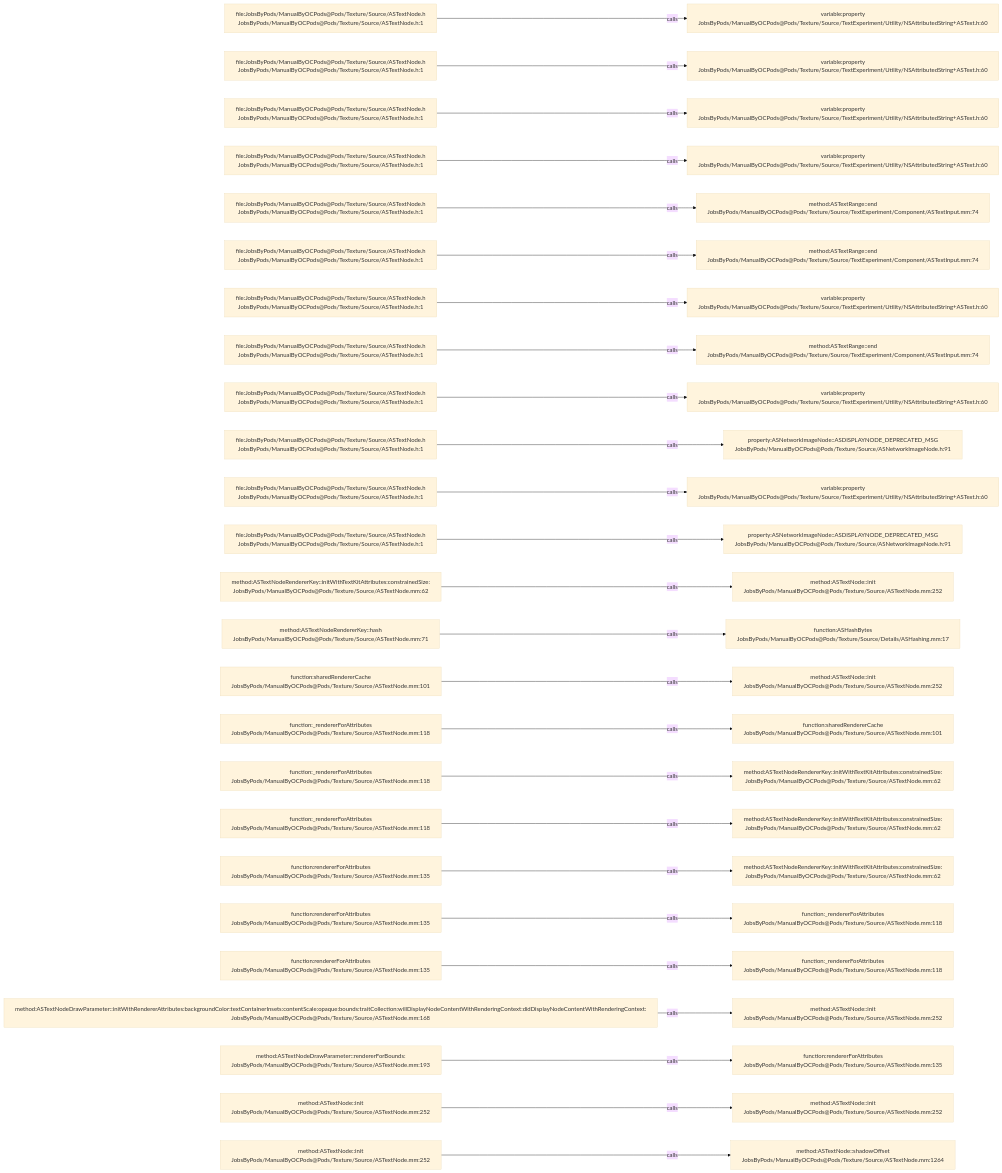
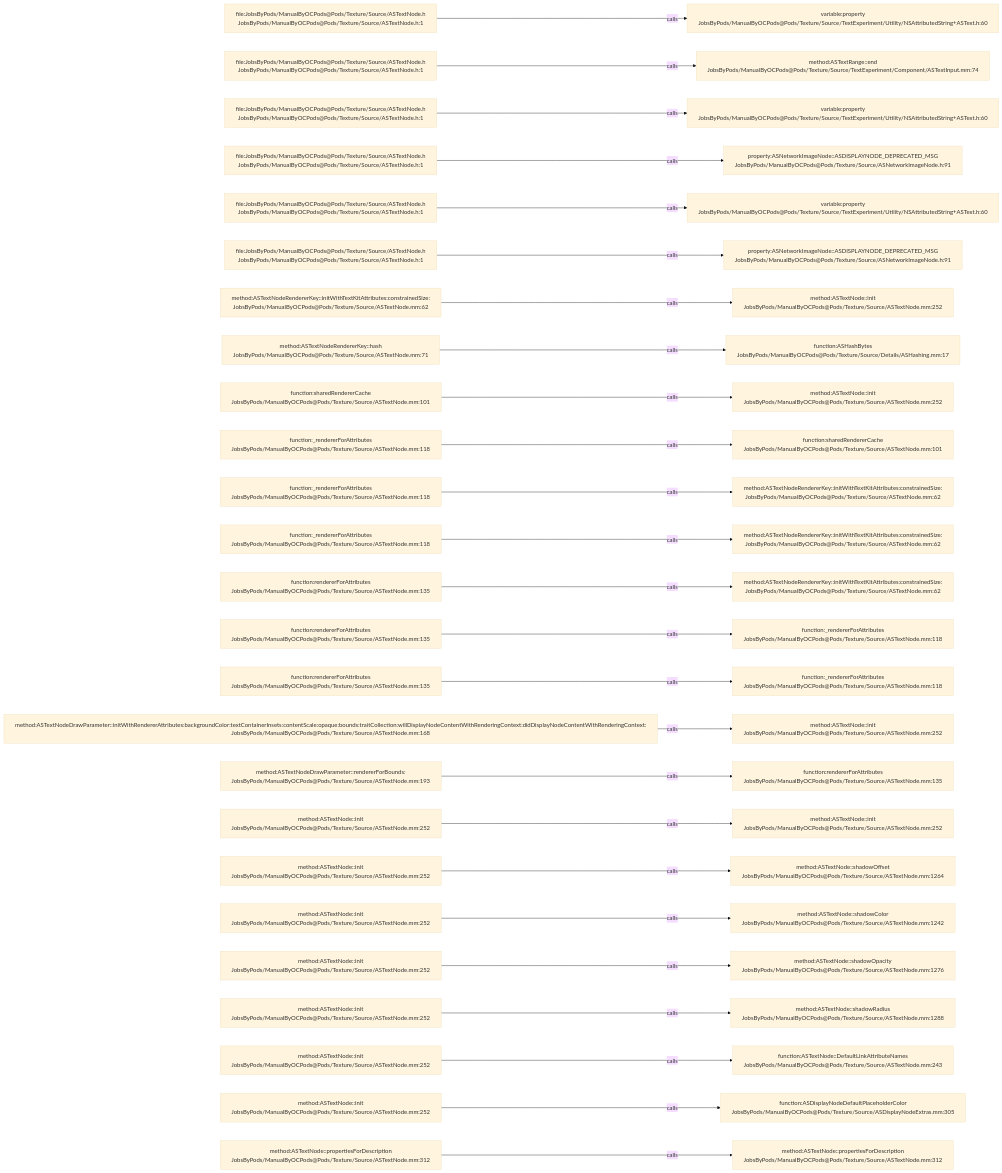
One commit to JobsKits/JobsOCBaseConfigDemo changed the diagram in .codegraph/codegraph.md/graphs/calls-125.md. Above: the diagram before and after it, drawn with Mermaid (base theme). The commit also changed 666 other files, not shown here.

````diff
--- a/.codegraph/codegraph.md/graphs/calls-125.md
+++ b/.codegraph/codegraph.md/graphs/calls-125.md
@@ -13,78 +13,78 @@
 ```mermaid
 flowchart LR
   S1["file:JobsByPods/ManualByOCPods@Pods/Texture/Source/ASTextNode.h<br/>JobsByPods/ManualByOCPods@Pods/Texture/Source/ASTextNode.h:1"]
   T1["variable:property<br/>JobsByPods/ManualByOCPods@Pods/Texture/Source/TextExperiment/Utility/NSAttributedString+ASText.h:60"]
   S1 -->|calls| T1
   S2["file:JobsByPods/ManualByOCPods@Pods/Texture/Source/ASTextNode.h<br/>JobsByPods/ManualByOCPods@Pods/Texture/Source/ASTextNode.h:1"]
-  T2["variable:property<br/>JobsByPods/ManualByOCPods@Pods/Texture/Source/TextExperiment/Utility/NSAttributedString+ASText.h:60"]
+  T2["method:ASTextRange::end<br/>JobsByPods/ManualByOCPods@Pods/Texture/Source/TextExperiment/Component/ASTextInput.mm:74"]
   S2 -->|calls| T2
   S3["file:JobsByPods/ManualByOCPods@Pods/Texture/Source/ASTextNode.h<br/>JobsByPods/ManualByOCPods@Pods/Texture/Source/ASTextNode.h:1"]
   T3["variable:property<br/>JobsByPods/ManualByOCPods@Pods/Texture/Source/TextExperiment/Utility/NSAttributedString+ASText.h:60"]
   S3 -->|calls| T3
   S4["file:JobsByPods/ManualByOCPods@Pods/Texture/Source/ASTextNode.h<br/>JobsByPods/ManualByOCPods@Pods/Texture/Source/ASTextNode.h:1"]
-  T4["variable:property<br/>JobsByPods/ManualByOCPods@Pods/Texture/Source/TextExperiment/Utility/NSAttributedString+ASText.h:60"]
+  T4["property:ASNetworkImageNode::ASDISPLAYNODE_DEPRECATED_MSG<br/>JobsByPods/ManualByOCPods@Pods/Texture/Source/ASNetworkImageNode.h:91"]
   S4 -->|calls| T4
   S5["file:JobsByPods/ManualByOCPods@Pods/Texture/Source/ASTextNode.h<br/>JobsByPods/ManualByOCPods@Pods/Texture/Source/ASTextNode.h:1"]
-  T5["method:ASTextRange::end<br/>JobsByPods/ManualByOCPods@Pods/Texture/Source/TextExperiment/Component/ASTextInput.mm:74"]
+  T5["variable:property<br/>JobsByPods/ManualByOCPods@Pods/Texture/Source/TextExperiment/Utility/NSAttributedString+ASText.h:60"]
   S5 -->|calls| T5
   S6["file:JobsByPods/ManualByOCPods@Pods/Texture/Source/ASTextNode.h<br/>JobsByPods/ManualByOCPods@Pods/Texture/Source/ASTextNode.h:1"]
-  T6["method:ASTextRange::end<br/>JobsByPods/ManualByOCPods@Pods/Texture/Source/TextExperiment/Component/ASTextInput.mm:74"]
+  T6["property:ASNetworkImageNode::ASDISPLAYNODE_DEPRECATED_MSG<br/>JobsByPods/ManualByOCPods@Pods/Texture/Source/ASNetworkImageNode.h:91"]
   S6 -->|calls| T6
-  S7["file:JobsByPods/ManualByOCPods@Pods/Texture/Source/ASTextNode.h<br/>JobsByPods/ManualByOCPods@Pods/Texture/Source/ASTextNode.h:1"]
-  T7["variable:property<br/>JobsByPods/ManualByOCPods@Pods/Texture/Source/TextExperiment/Utility/NSAttributedString+ASText.h:60"]
+  S7["method:ASTextNodeRendererKey::initWithTextKitAttributes:constrainedSize:<br/>JobsByPods/ManualByOCPods@Pods/Texture/Source/ASTextNode.mm:62"]
+  T7["method:ASTextNode::init<br/>JobsByPods/ManualByOCPods@Pods/Texture/Source/ASTextNode.mm:252"]
   S7 -->|calls| T7
-  S8["file:JobsByPods/ManualByOCPods@Pods/Texture/Source/ASTextNode.h<br/>JobsByPods/ManualByOCPods@Pods/Texture/Source/ASTextNode.h:1"]
-  T8["method:ASTextRange::end<br/>JobsByPods/ManualByOCPods@Pods/Texture/Source/TextExperiment/Component/ASTextInput.mm:74"]
+  S8["method:ASTextNodeRendererKey::hash<br/>JobsByPods/ManualByOCPods@Pods/Texture/Source/ASTextNode.mm:71"]
+  T8["function:ASHashBytes<br/>JobsByPods/ManualByOCPods@Pods/Texture/Source/Details/ASHashing.mm:17"]
   S8 -->|calls| T8
-  S9["file:JobsByPods/ManualByOCPods@Pods/Texture/Source/ASTextNode.h<br/>JobsByPods/ManualByOCPods@Pods/Texture/Source/ASTextNode.h:1"]
-  T9["variable:property<br/>JobsByPods/ManualByOCPods@Pods/Texture/Source/TextExperiment/Utility/NSAttributedString+ASText.h:60"]
+  S9["function:sharedRendererCache<br/>JobsByPods/ManualByOCPods@Pods/Texture/Source/ASTextNode.mm:101"]
+  T9["method:ASTextNode::init<br/>JobsByPods/ManualByOCPods@Pods/Texture/Source/ASTextNode.mm:252"]
   S9 -->|calls| T9
-  S10["file:JobsByPods/ManualByOCPods@Pods/Texture/Source/ASTextNode.h<br/>JobsByPods/ManualByOCPods@Pods/Texture/Source/ASTextNode.h:1"]
-  T10["property:ASNetworkImageNode::ASDISPLAYNODE_DEPRECATED_MSG<br/>JobsByPods/ManualByOCPods@Pods/Texture/Source/ASNetworkImageNode.h:91"]
+  S10["function:_rendererForAttributes<br/>JobsByPods/ManualByOCPods@Pods/Texture/Source/ASTextNode.mm:118"]
+  T10["function:sharedRendererCache<br/>JobsByPods/ManualByOCPods@Pods/Texture/Source/ASTextNode.mm:101"]
   S10 -->|calls| T10
-  S11["file:JobsByPods/ManualByOCPods@Pods/Texture/Source/ASTextNode.h<br/>JobsByPods/ManualByOCPods@Pods/Texture/Source/ASTextNode.h:1"]
-  T11["variable:property<br/>JobsByPods/ManualByOCPods@Pods/Texture/Source/TextExperiment/Utility/NSAttributedString+ASText.h:60"]
+  S11["function:_rendererForAttributes<br/>JobsByPods/ManualByOCPods@Pods/Texture/Source/ASTextNode.mm:118"]
+  T11["method:ASTextNodeRendererKey::initWithTextKitAttributes:constrainedSize:<br/>JobsByPods/ManualByOCPods@Pods/Texture/Source/ASTextNode.mm:62"]
   S11 -->|calls| T11
-  S12["file:JobsByPods/ManualByOCPods@Pods/Texture/Source/ASTextNode.h<br/>JobsByPods/ManualByOCPods@Pods/Texture/Source/ASTextNode.h:1"]
-  T12["property:ASNetworkImageNode::ASDISPLAYNODE_DEPRECATED_MSG<br/>JobsByPods/ManualByOCPods@Pods/Texture/Source/ASNetworkImageNode.h:91"]
+  S12["function:_rendererForAttributes<br/>JobsByPods/ManualByOCPods@Pods/Texture/Source/ASTextNode.mm:118"]
+  T12["method:ASTextNodeRendererKey::initWithTextKitAttributes:constrainedSize:<br/>JobsByPods/ManualByOCPods@Pods/Texture/Source/ASTextNode.mm:62"]
   S12 -->|calls| T12
-  S13["method:ASTextNodeRendererKey::initWithTextKitAttributes:constrainedSize:<br/>JobsByPods/ManualByOCPods@Pods/Texture/Source/ASTextNode.mm:62"]
-  T13["method:ASTextNode::init<br/>JobsByPods/ManualByOCPods@Pods/Texture/Source/ASTextNode.mm:252"]
+  S13["function:rendererForAttributes<br/>JobsByPods/ManualByOCPods@Pods/Texture/Source/ASTextNode.mm:135"]
+  T13["method:ASTextNodeRendererKey::initWithTextKitAttributes:constrainedSize:<br/>JobsByPods/ManualByOCPods@Pods/Texture/Source/ASTextNode.mm:62"]
   S13 -->|calls| T13
-  S14["method:ASTextNodeRendererKey::hash<br/>JobsByPods/ManualByOCPods@Pods/Texture/Source/ASTextNode.mm:71"]
-  T14["function:ASHashBytes<br/>JobsByPods/ManualByOCPods@Pods/Texture/Source/Details/ASHashing.mm:17"]
+  S14["function:rendererForAttributes<br/>JobsByPods/ManualByOCPods@Pods/Texture/Source/ASTextNode.mm:135"]
+  T14["function:_rendererForAttributes<br/>JobsByPods/ManualByOCPods@Pods/Texture/Source/ASTextNode.mm:118"]
   S14 -->|calls| T14
-  S15["function:sharedRendererCache<br/>JobsByPods/ManualByOCPods@Pods/Texture/Source/ASTextNode.mm:101"]
-  T15["method:ASTextNode::init<br/>JobsByPods/ManualByOCPods@Pods/Texture/Source/ASTextNode.mm:252"]
+  S15["function:rendererForAttributes<br/>JobsByPods/ManualByOCPods@Pods/Texture/Source/ASTextNode.mm:135"]
+  T15["function:_rendererForAttributes<br/>JobsByPods/ManualByOCPods@Pods/Texture/Source/ASTextNode.mm:118"]
   S15 -->|calls| T15
-  S16["function:_rendererForAttributes<br/>JobsByPods/ManualByOCPods@Pods/Texture/Source/ASTextNode.mm:118"]
-  T16["function:sharedRendererCache<br/>JobsByPods/ManualByOCPods@Pods/Texture/Source/ASTextNode.mm:101"]
+  S16["method:ASTextNodeDrawParameter::initWithRendererAttributes:backgroundColor:textContainerInsets:contentScale:opaque:bounds:traitCollection:willDisplayNodeContentWithRenderingContext:didDisplayNodeContentWithRenderingContext:<br/>JobsByPods/ManualByOCPods@Pods/Texture/Source/ASTextNode.mm:168"]
+  T16["method:ASTextNode::init<br/>JobsByPods/ManualByOCPods@Pods/Texture/Source/ASTextNode.mm:252"]
   S16 -->|calls| T16
-  S17["function:_rendererForAttributes<br/>JobsByPods/ManualByOCPods@Pods/Texture/Source/ASTextNode.mm:118"]
-  T17["method:ASTextNodeRendererKey::initWithTextKitAttributes:constrainedSize:<br/>JobsByPods/ManualByOCPods@Pods/Texture/Source/ASTextNode.mm:62"]
+  S17["method:ASTextNodeDrawParameter::rendererForBounds:<br/>JobsByPods/ManualByOCPods@Pods/Texture/Source/ASTextNode.mm:193"]
+  T17["function:rendererForAttributes<br/>JobsByPods/ManualByOCPods@Pods/Texture/Source/ASTextNode.mm:135"]
   S17 -->|calls| T17
-  S18["function:_rendererForAttributes<br/>JobsByPods/ManualByOCPods@Pods/Texture/Source/ASTextNode.mm:118"]
-  T18["method:ASTextNodeRendererKey::initWithTextKitAttributes:constrainedSize:<br/>JobsByPods/ManualByOCPods@Pods/Texture/Source/ASTextNode.mm:62"]
+  S18["method:ASTextNode::init<br/>JobsByPods/ManualByOCPods@Pods/Texture/Source/ASTextNode.mm:252"]
+  T18["method:ASTextNode::init<br/>JobsByPods/ManualByOCPods@Pods/Texture/Source/ASTextNode.mm:252"]
   S18 -->|calls| T18
-  S19["function:rendererForAttributes<br/>JobsByPods/ManualByOCPods@Pods/Texture/Source/ASTextNode.mm:135"]
-  T19["method:ASTextNodeRendererKey::initWithTextKitAttributes:constrainedSize:<br/>JobsByPods/ManualByOCPods@Pods/Texture/Source/ASTextNode.mm:62"]
+  S19["method:ASTextNode::init<br/>JobsByPods/ManualByOCPods@Pods/Texture/Source/ASTextNode.mm:252"]
+  T19["method:ASTextNode::shadowOffset<br/>JobsByPods/ManualByOCPods@Pods/Texture/Source/ASTextNode.mm:1264"]
   S19 -->|calls| T19
-  S20["function:rendererForAttributes<br/>JobsByPods/ManualByOCPods@Pods/Texture/Source/ASTextNode.mm:135"]
-  T20["function:_rendererForAttributes<br/>JobsByPods/ManualByOCPods@Pods/Texture/Source/ASTextNode.mm:118"]
+  S20["method:ASTextNode::init<br/>JobsByPods/ManualByOCPods@Pods/Texture/Source/ASTextNode.mm:252"]
+  T20["method:ASTextNode::shadowColor<br/>JobsByPods/ManualByOCPods@Pods/Texture/Source/ASTextNode.mm:1242"]
   S20 -->|calls| T20
-  S21["function:rendererForAttributes<br/>JobsByPods/ManualByOCPods@Pods/Texture/Source/ASTextNode.mm:135"]
-  T21["function:_rendererForAttributes<br/>JobsByPods/ManualByOCPods@Pods/Texture/Source/ASTextNode.mm:118"]
+  S21["method:ASTextNode::init<br/>JobsByPods/ManualByOCPods@Pods/Texture/Source/ASTextNode.mm:252"]
+  T21["method:ASTextNode::shadowOpacity<br/>JobsByPods/ManualByOCPods@Pods/Texture/Source/ASTextNode.mm:1276"]
   S21 -->|calls| T21
-  S22["method:ASTextNodeDrawParameter::initWithRendererAttributes:backgroundColor:textContainerInsets:contentScale:opaque:bounds:traitCollection:willDisplayNodeContentWithRenderingContext:didDisplayNodeContentWithRenderingContext:<br/>JobsByPods/ManualByOCPods@Pods/Texture/Source/ASTextNode.mm:168"]
-  T22["method:ASTextNode::init<br/>JobsByPods/ManualByOCPods@Pods/Texture/Source/ASTextNode.mm:252"]
+  S22["method:ASTextNode::init<br/>JobsByPods/ManualByOCPods@Pods/Texture/Source/ASTextNode.mm:252"]
+  T22["method:ASTextNode::shadowRadius<br/>JobsByPods/ManualByOCPods@Pods/Texture/Source/ASTextNode.mm:1288"]
   S22 -->|calls| T22
-  S23["method:ASTextNodeDrawParameter::rendererForBounds:<br/>JobsByPods/ManualByOCPods@Pods/Texture/Source/ASTextNode.mm:193"]
-  T23["function:rendererForAttributes<br/>JobsByPods/ManualByOCPods@Pods/Texture/Source/ASTextNode.mm:135"]
+  S23["method:ASTextNode::init<br/>JobsByPods/ManualByOCPods@Pods/Texture/Source/ASTextNode.mm:252"]
+  T23["function:ASTextNode::DefaultLinkAttributeNames<br/>JobsByPods/ManualByOCPods@Pods/Texture/Source/ASTextNode.mm:243"]
   S23 -->|calls| T23
   S24["method:ASTextNode::init<br/>JobsByPods/ManualByOCPods@Pods/Texture/Source/ASTextNode.mm:252"]
-  T24["method:ASTextNode::init<br/>JobsByPods/ManualByOCPods@Pods/Texture/Source/ASTextNode.mm:252"]
+  T24["function:ASDisplayNodeDefaultPlaceholderColor<br/>JobsByPods/ManualByOCPods@Pods/Texture/Source/ASDisplayNodeExtras.mm:305"]
   S24 -->|calls| T24
-  S25["method:ASTextNode::init<br/>JobsByPods/ManualByOCPods@Pods/Texture/Source/ASTextNode.mm:252"]
-  T25["method:ASTextNode::shadowOffset<br/>JobsByPods/ManualByOCPods@Pods/Texture/Source/ASTextNode.mm:1264"]
+  S25["method:ASTextNode::propertiesForDescription<br/>JobsByPods/ManualByOCPods@Pods/Texture/Source/ASTextNode.mm:312"]
+  T25["method:ASTextNode::propertiesForDescription<br/>JobsByPods/ManualByOCPods@Pods/Texture/Source/ASTextNode.mm:312"]
   S25 -->|calls| T25
 ```
````
